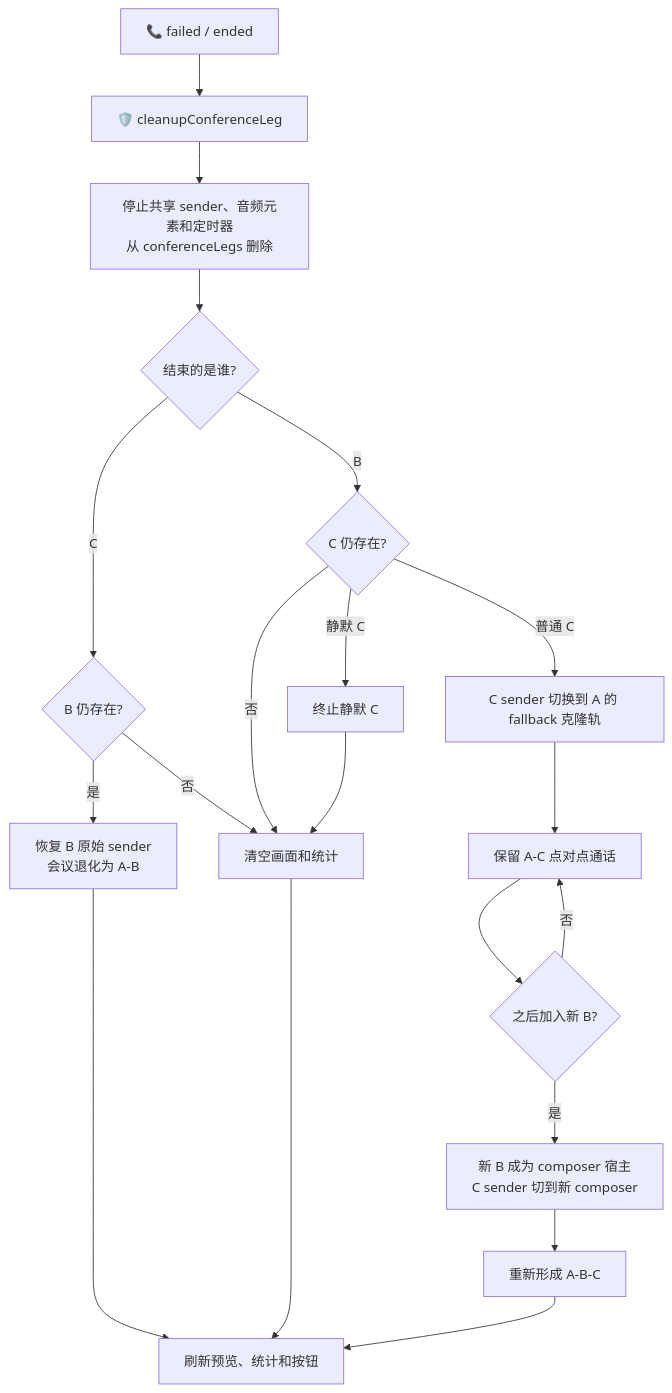
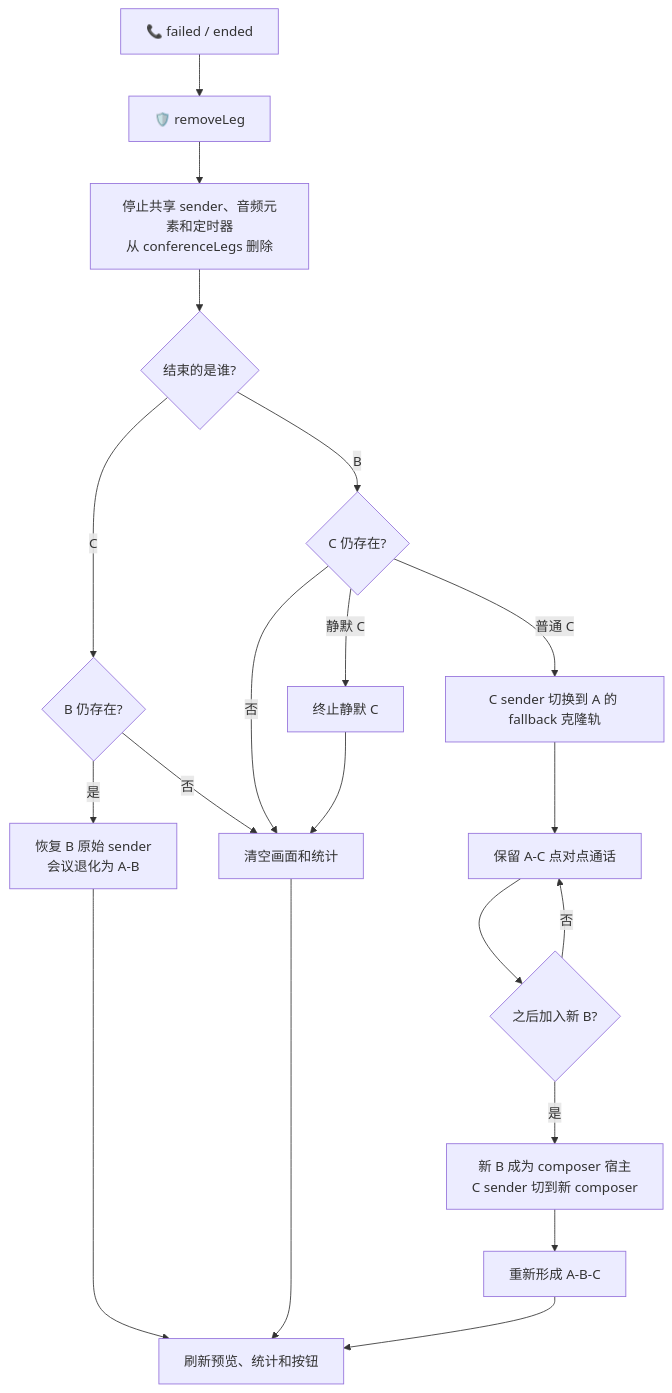
Diagram 11 of 20 in docs/app-conference-guide.md (lei40251/JsSIP), drawn with Mermaid before and after one commit. The commit also changed other lines of this file and 31 other files, not shown here.

````diff
--- a/docs/app-conference-guide.md
+++ b/docs/app-conference-guide.md
@@ -658,25 +732,25 @@
 ```mermaid
 flowchart TD
-  END["📞 failed / ended"] --> CLEAN["🛡️ cleanupConferenceLeg"]
+  END["📞 failed / ended"] --> CLEAN["🛡️ removeLeg"]
   CLEAN --> COMMON["停止共享 sender、音频元素和定时器<br/>从 conferenceLegs 删除"]
   COMMON --> ROLE{"结束的是谁?"}
 
   ROLE -->|"C"| KEEP_B{"B 仍存在?"}
   KEEP_B -->|"是"| RESTORE_B["恢复 B 原始 sender<br/>会议退化为 A-B"]
   KEEP_B -->|"否"| EMPTY["清空画面和统计"]
 
   ROLE -->|"B"| HAS_C{"C 仍存在?"}
   HAS_C -->|"否"| EMPTY
   HAS_C -->|"静默 C"| STOP_C["终止静默 C"]
   STOP_C --> EMPTY
   HAS_C -->|"普通 C"| FALLBACK["C sender 切换到 A 的 fallback 克隆轨"]
   FALLBACK --> AC["保留 A-C 点对点通话"]
   AC --> NEW_B{"之后加入新 B?"}
   NEW_B -->|"是"| REHOST["新 B 成为 composer 宿主<br/>C sender 切到新 composer"]
   REHOST --> THREE["重新形成 A-B-C"]
   NEW_B -->|"否"| AC
 
   RESTORE_B --> UI["刷新预览、统计和按钮"]
   EMPTY --> UI
   THREE --> UI
 ```
````
